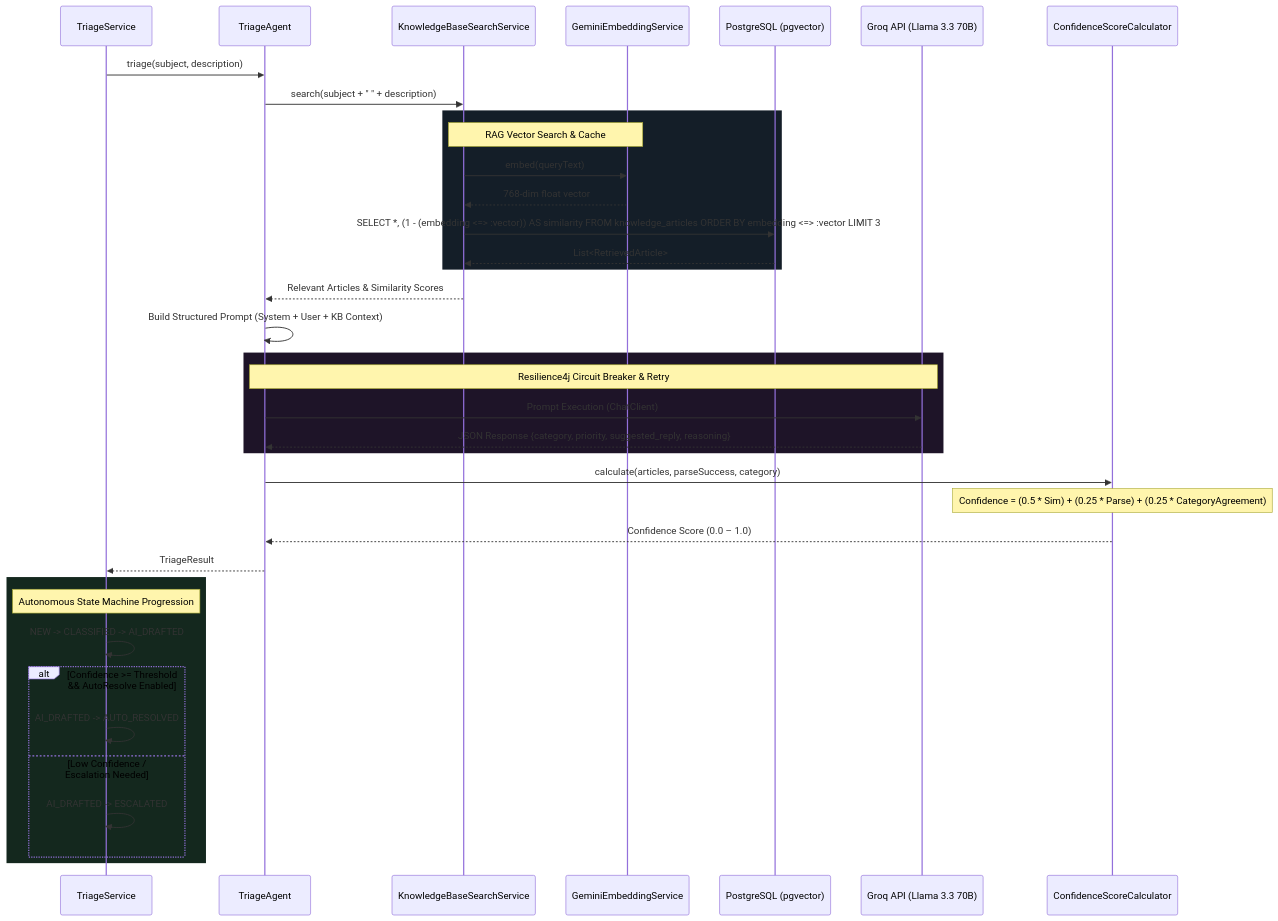
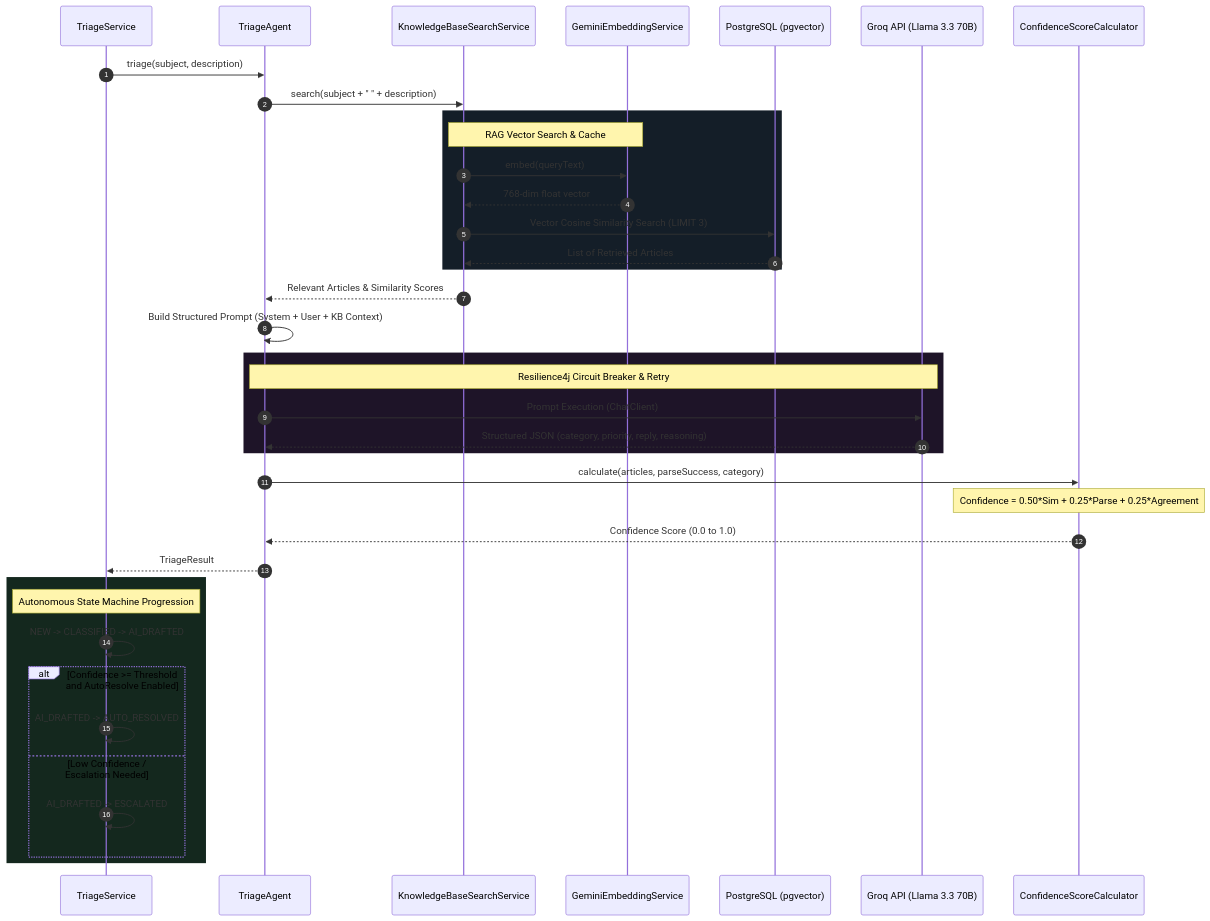
The fourth of 4 diagrams in PROJECT_ANALYSIS.md (mavericaks/Nexus), drawn with Mermaid before and after one commit. The commit also changed other lines of this file and 1 other file, not shown here.

Commit message:
docs: fix Mermaid diagram syntax for GitHub markdown rendering

````diff
--- a/PROJECT_ANALYSIS.md
+++ b/PROJECT_ANALYSIS.md
@@ -292,45 +293,46 @@
 ```mermaid
 sequenceDiagram
+    autonumber
     participant TS as TriageService
     participant Agent as TriageAgent
     participant RAG as KnowledgeBaseSearchService
     participant Gemini as GeminiEmbeddingService
     participant PG as PostgreSQL (pgvector)
     participant Groq as Groq API (Llama 3.3 70B)
     participant Calc as ConfidenceScoreCalculator
 
     TS->>Agent: triage(subject, description)
     Agent->>RAG: search(subject + " " + description)
     
     rect rgb(20, 30, 40)
-        Note over RAG,Gemini: RAG Vector Search & Cache
+        Note over RAG, Gemini: RAG Vector Search & Cache
         RAG->>Gemini: embed(queryText)
         Gemini-->>RAG: 768-dim float vector
-        RAG->>PG: SELECT *, (1 - (embedding <=> :vector)) AS similarity FROM knowledge_articles ORDER BY embedding <=> :vector LIMIT 3
-        PG-->>RAG: List<RetrievedArticle>
+        RAG->>PG: Vector Cosine Similarity Search (LIMIT 3)
+        PG-->>RAG: List of Retrieved Articles
     end
 
     RAG-->>Agent: Relevant Articles & Similarity Scores
     Agent->>Agent: Build Structured Prompt (System + User + KB Context)
     
     rect rgb(30, 20, 40)
-        Note over Agent,Groq: Resilience4j Circuit Breaker & Retry
+        Note over Agent, Groq: Resilience4j Circuit Breaker & Retry
         Agent->>Groq: Prompt Execution (ChatClient)
-        Groq-->>Agent: JSON Response {category, priority, suggested_reply, reasoning}
+        Groq-->>Agent: Structured JSON (category, priority, reply, reasoning)
     end
 
     Agent->>Calc: calculate(articles, parseSuccess, category)
-    Note over Calc: Confidence = (0.5 * Sim) + (0.25 * Parse) + (0.25 * CategoryAgreement)
-    Calc-->>Agent: Confidence Score (0.0 – 1.0)
+    Note over Calc: Confidence = 0.50*Sim + 0.25*Parse + 0.25*Agreement
+    Calc-->>Agent: Confidence Score (0.0 to 1.0)
     Agent-->>TS: TriageResult
 
     rect rgb(20, 40, 30)
         Note over TS: Autonomous State Machine Progression
         TS->>TS: NEW -> CLASSIFIED -> AI_DRAFTED
-        alt Confidence >= Threshold && AutoResolve Enabled
+        alt Confidence >= Threshold and AutoResolve Enabled
             TS->>TS: AI_DRAFTED -> AUTO_RESOLVED
         else Low Confidence / Escalation Needed
             TS->>TS: AI_DRAFTED -> ESCALATED
         end
     end
 ```
````
